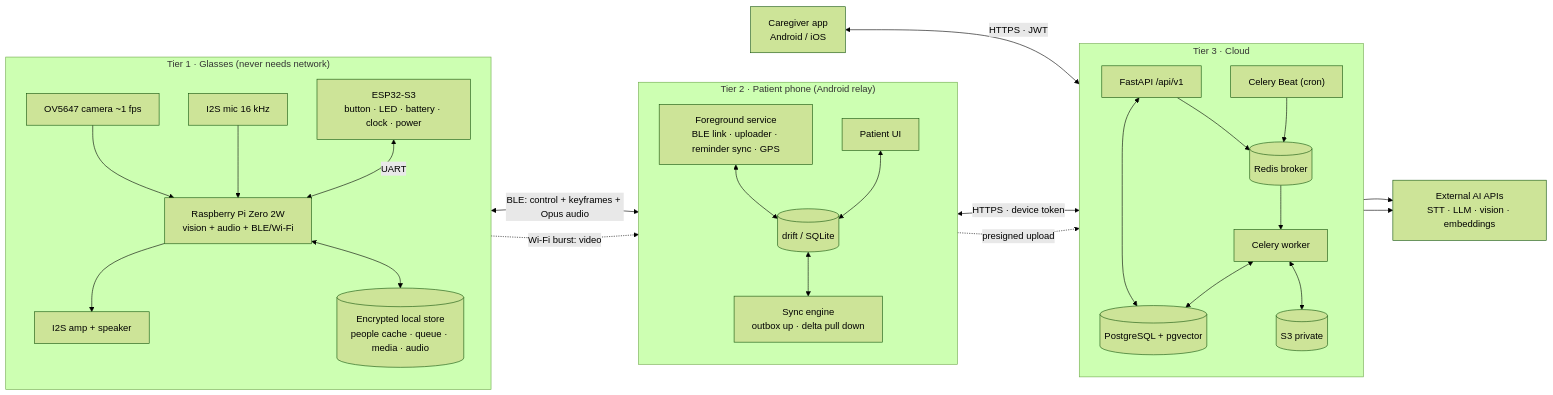
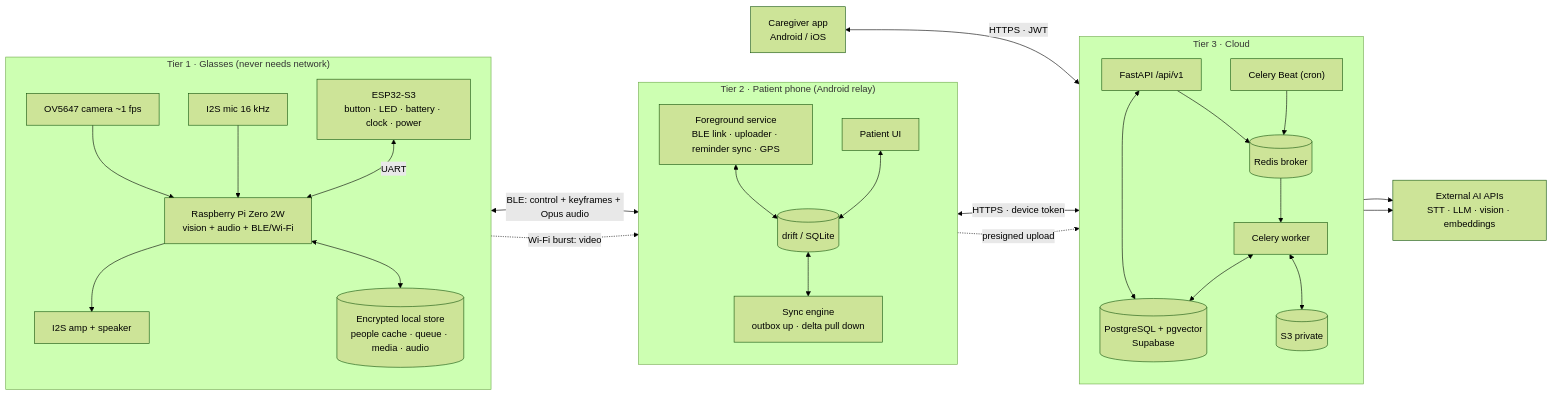
The second of 9 diagrams in docs/diagrams/01-architecture.md (AhmedMostafaDev12/Graduation_project_2), drawn with Mermaid (forest theme) before and after one commit. The commit also changed other lines of this file and 4 other files, not shown here.

````diff
--- a/docs/diagrams/01-architecture.md
+++ b/docs/diagrams/01-architecture.md
@@ -50,55 +50,55 @@
 ```mermaid
 flowchart LR
     subgraph G["Tier 1 · Glasses (never needs network)"]
         direction TB
         cam["OV5647 camera ~1 fps"]
         mic["I2S mic 16 kHz"]
         spk["I2S amp + speaker"]
         pi["Raspberry Pi Zero 2W<br/>vision + audio + BLE/Wi-Fi"]
         esp["ESP32-S3<br/>button · LED · battery · clock · power"]
         gdb[("Encrypted local store<br/>people cache · queue · media · audio")]
         cam --> pi
         mic --> pi
         pi --> spk
         esp <-->|"UART"| pi
         pi <--> gdb
     end
 
     subgraph P["Tier 2 · Patient phone (Android relay)"]
         direction TB
         fgs["Foreground service<br/>BLE link · uploader · reminder sync · GPS"]
         ui["Patient UI"]
         sync["Sync engine<br/>outbox up · delta pull down"]
         sql[("drift / SQLite")]
         fgs <--> sql
         ui <--> sql
         sql <--> sync
     end
 
     subgraph C["Tier 3 · Cloud"]
         direction TB
         api["FastAPI /api/v1"]
         worker["Celery worker"]
         beat["Celery Beat (cron)"]
         redis[("Redis broker")]
-        pg[("PostgreSQL + pgvector")]
+        pg[("PostgreSQL + pgvector<br/>Supabase")]
         s3[("S3 private")]
         api <--> pg
         api --> redis
         beat --> redis
         redis --> worker
         worker <--> pg
         worker <--> s3
     end
 
     capp["Caregiver app<br/>Android / iOS"]
     ext["External AI APIs<br/>STT · LLM · vision · embeddings"]
 
     pi <-->|"BLE: control + keyframes + Opus audio"| fgs
     pi -.->|"Wi-Fi burst: video"| fgs
     sync <-->|"HTTPS · device token"| api
     sync -.->|"presigned upload"| s3
     capp <-->|"HTTPS · JWT"| api
     worker --> ext
     api --> ext
 ```
````
